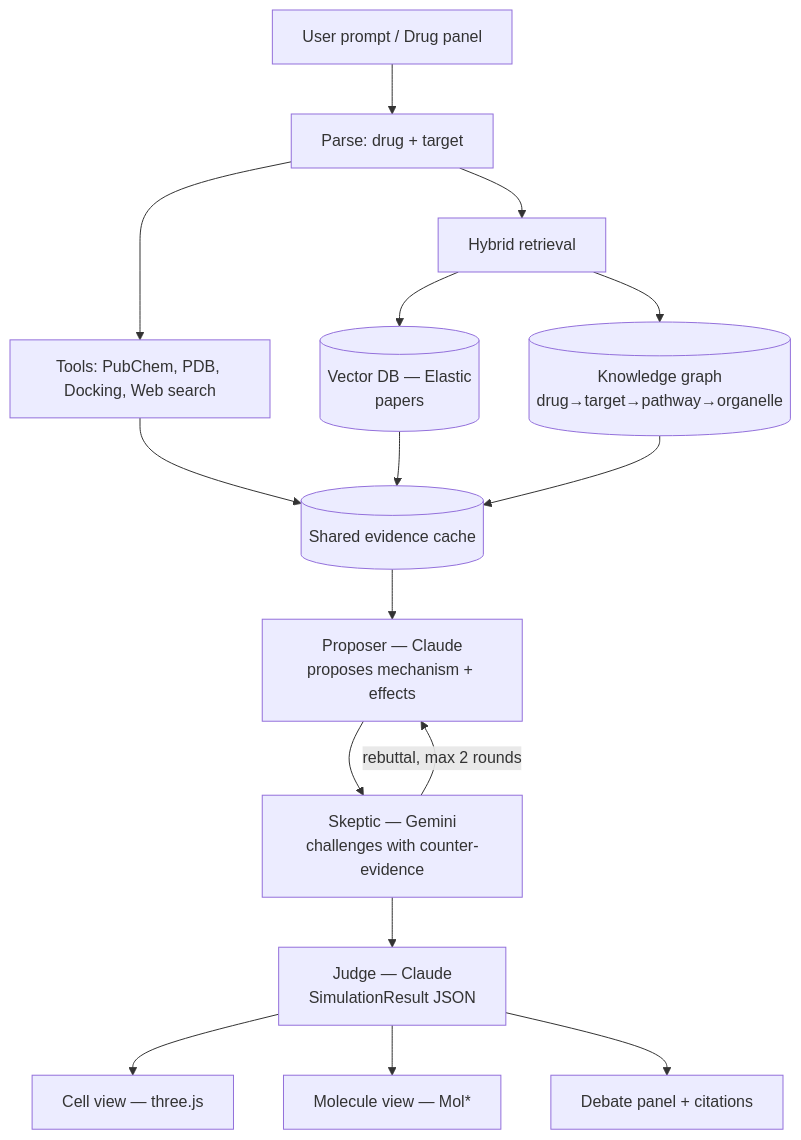
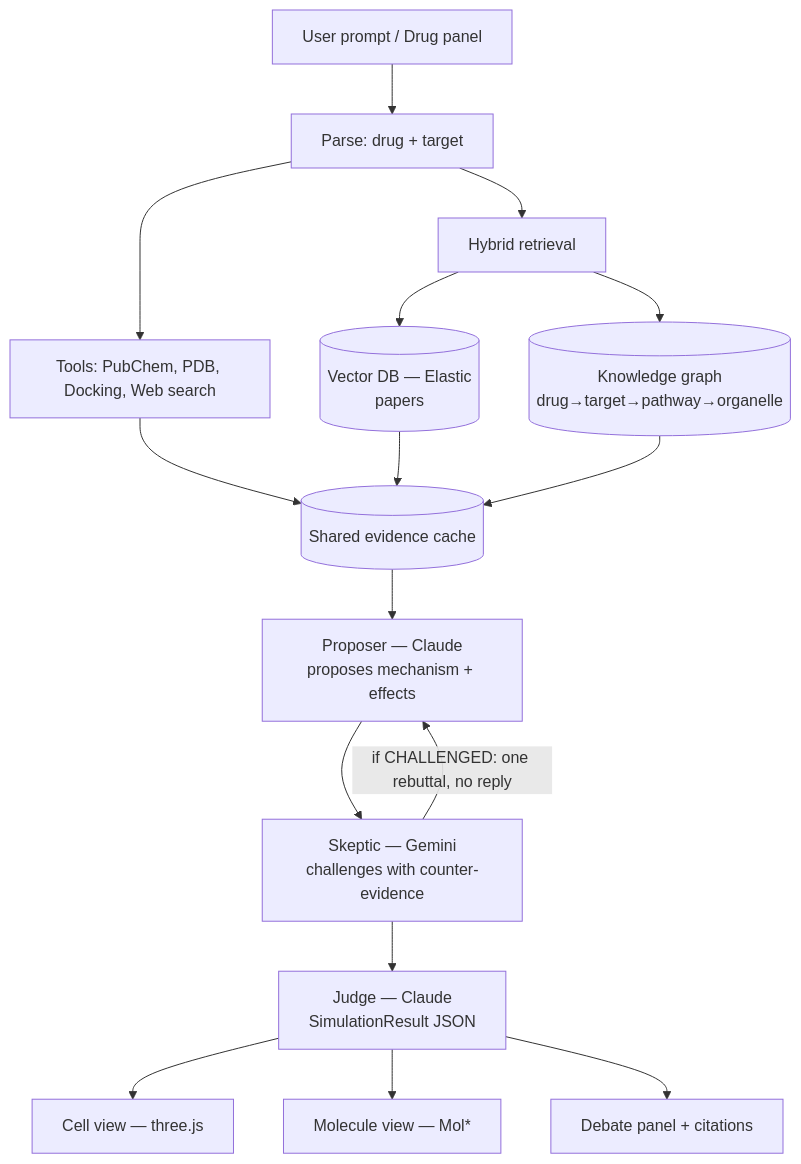
One commit to lenminh002/mol changed the first of 2 diagrams in docs/EXECUTION_PLAN.md. Above: the diagram before and after it, drawn with Mermaid. The commit also changed other lines of this file and 3 other files, not shown here.

Commit message:
Refresh imatinib cache with docking pose and document single-rebuttal debate flow

````diff
--- a/docs/EXECUTION_PLAN.md
+++ b/docs/EXECUTION_PLAN.md
@@ -28,18 +28,18 @@
 ```mermaid
 flowchart TD
     U[User prompt / Drug panel] --> P[Parse: drug + target]
     P --> T[Tools: PubChem, PDB, Docking, Web search]
     P --> R[Hybrid retrieval]
     R --> VS[(Vector DB — Elastic<br/>papers)]
     R --> KG[(Knowledge graph<br/>drug→target→pathway→organelle)]
     T --> E[(Shared evidence cache)]
     VS --> E
     KG --> E
     E --> A1[Proposer — Claude<br/>proposes mechanism + effects]
     A1 --> A2[Skeptic — Gemini<br/>challenges with counter-evidence]
-    A2 -->|rebuttal, max 2 rounds| A1
+    A2 -->|if CHALLENGED: one rebuttal, no reply| A1
     A2 --> J[Judge — Claude<br/>SimulationResult JSON]
     J --> V1[Cell view — three.js]
     J --> V2[Molecule view — Mol*]
     J --> V3[Debate panel + citations]
 ```
````
